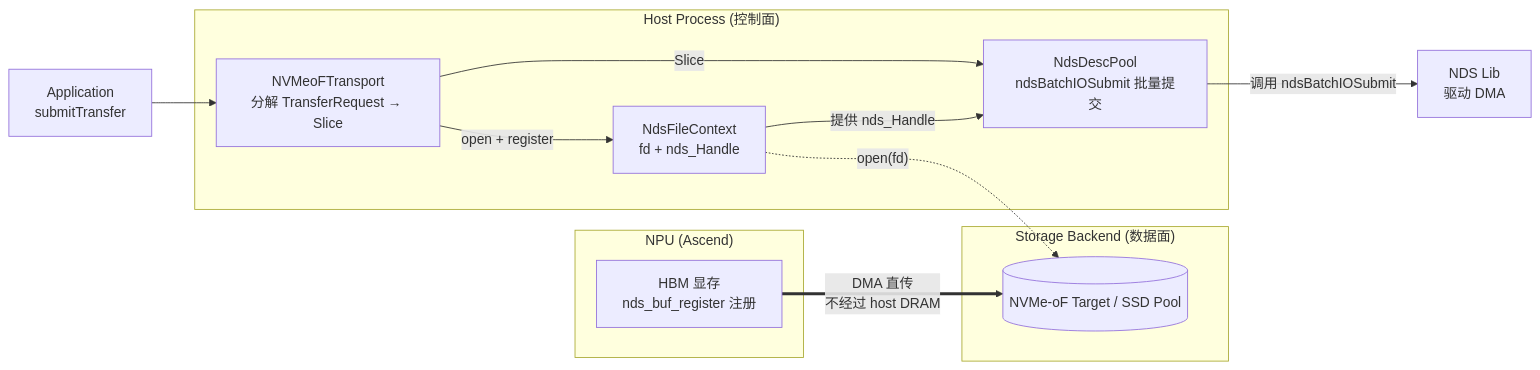
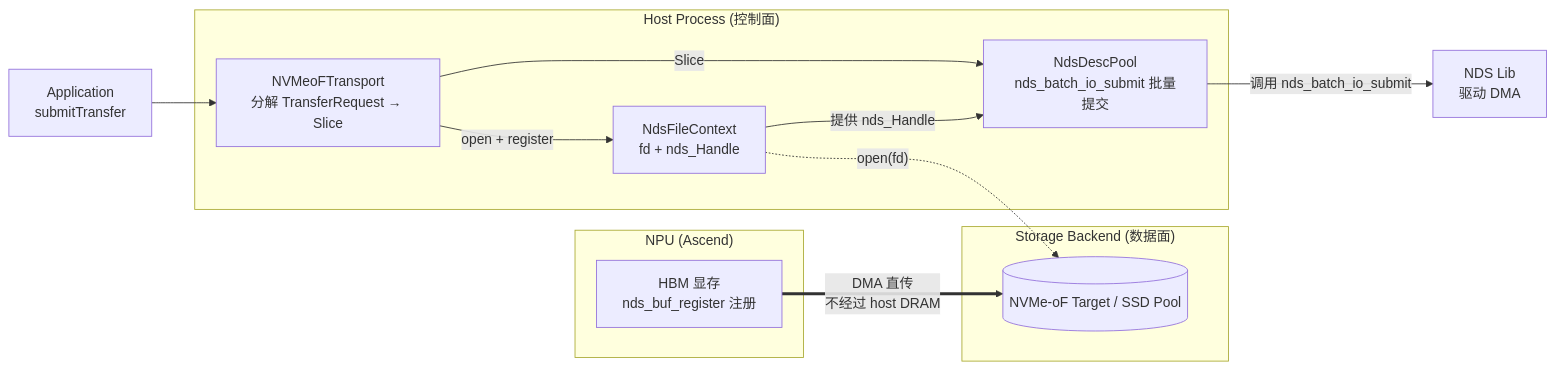
Before and after one commit to yz53665/Mooncake: diagram 16 of 17 in docs/rfc-nds-nvmeof-transport-cn.md, drawn with Mermaid. The commit also changed other lines of this file, not shown here.

````diff
--- a/docs/rfc-nds-nvmeof-transport-cn.md
+++ b/docs/rfc-nds-nvmeof-transport-cn.md
@@ -705,22 +708,22 @@
 ```mermaid
 flowchart LR
     subgraph NPU["NPU (Ascend)"]
         HBM[HBM 显存<br/>nds_buf_register 注册]
     end
     subgraph Host["Host Process (控制面)"]
         NVT[NVMeoFTransport<br/>分解 TransferRequest → Slice]
-        NdsBatch[NdsDescPool<br/>ndsBatchIOSubmit 批量提交]
+        NdsBatch[NdsDescPool<br/>nds_batch_io_submit 批量提交]
         Ctx[NdsFileContext<br/>fd + nds_Handle]
     end
     subgraph Backend["Storage Backend (数据面)"]
         NVME[(NVMe-oF Target / SSD Pool)]
     end
 
     App[Application<br/>submitTransfer] --> NVT
     NVT -->|Slice| NdsBatch
     NVT -->|open + register| Ctx
     Ctx -->|提供 nds_Handle| NdsBatch
     Ctx -. open(fd) .-> NVME
-    NdsBatch -->|调用 ndsBatchIOSubmit| NDS_API[NDS Lib<br/>驱动 DMA]
+    NdsBatch -->|调用 nds_batch_io_submit| NDS_API[NDS Lib<br/>驱动 DMA]
     HBM ==>|DMA 直传<br/>不经过 host DRAM| NVME
 ```
````
